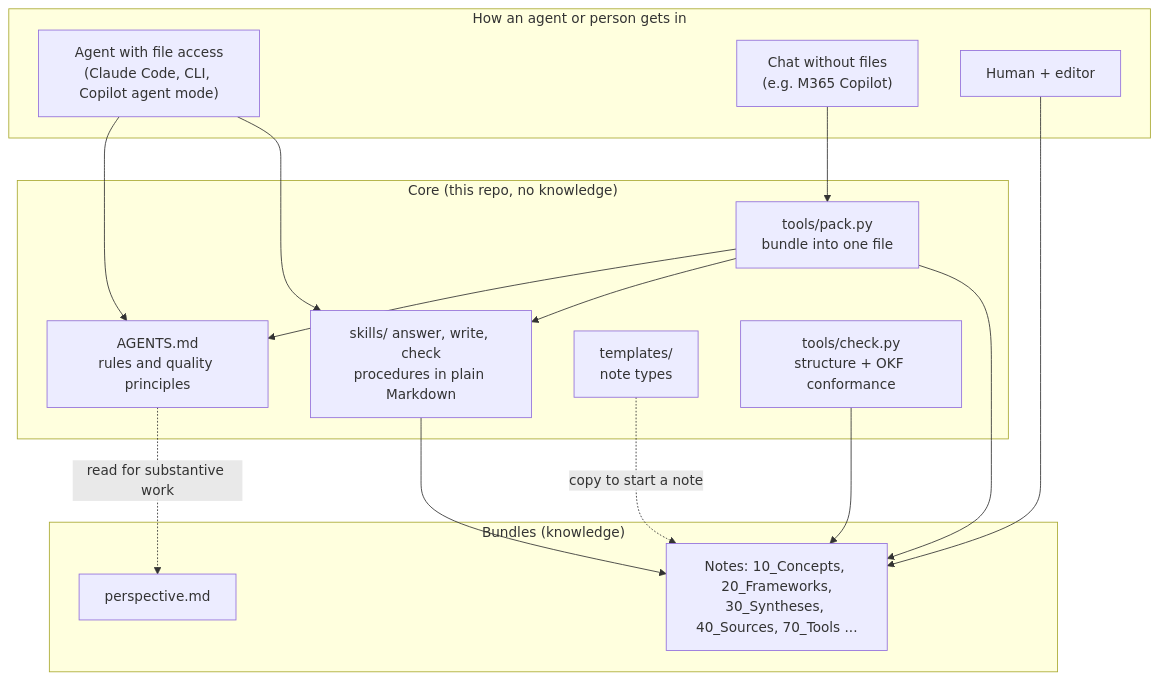
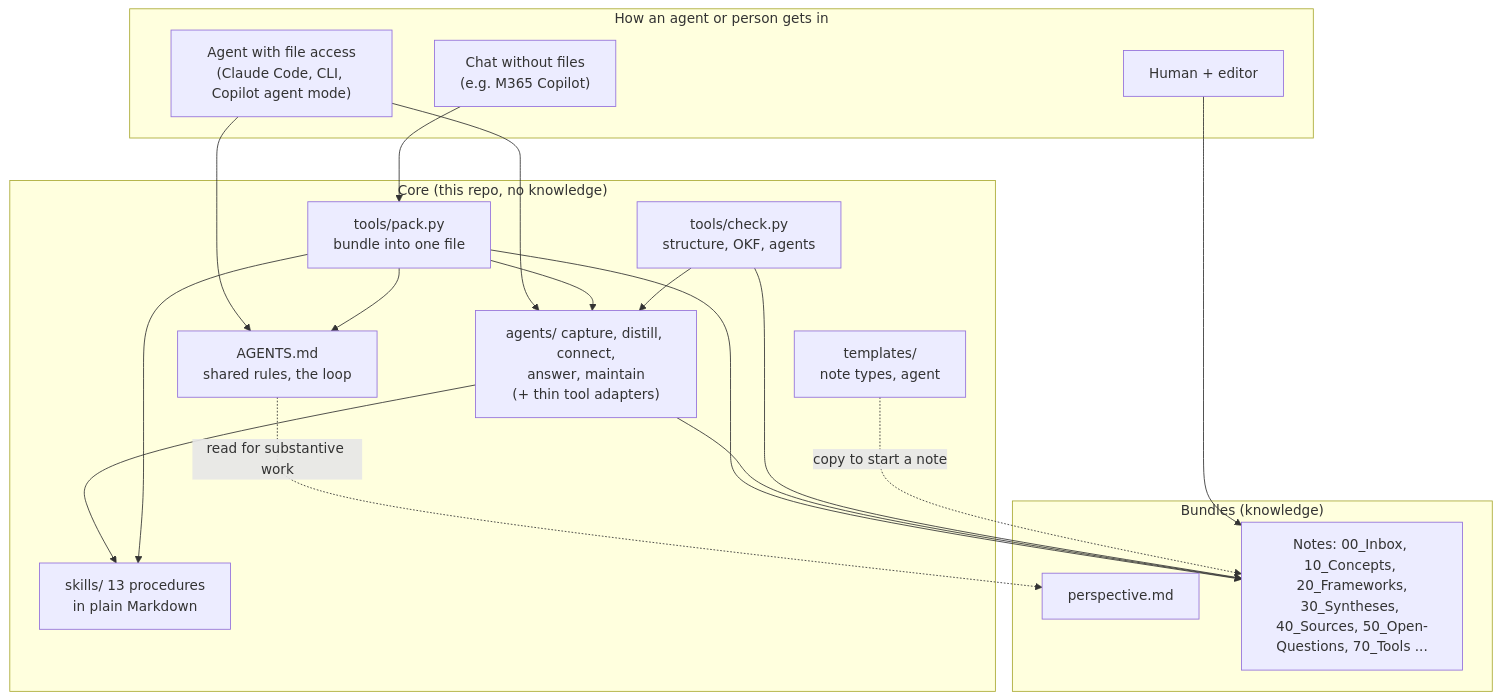
One commit to danib8005/Zettelkasten-hub changed the first of 2 diagrams in docs/architecture.md. Above: the diagram before and after it, drawn with Mermaid. The commit also changed other lines of this file and 9 other files, not shown here.

Commit message:
Step 6: README 'How it works' with the loop, updated guide, architecture, diagrams, standards, acceptance; example capture and open question

````diff
--- a/docs/architecture.md
+++ b/docs/architecture.md
@@ -11,30 +12,34 @@
 ```mermaid
 flowchart TB
   subgraph Interfaces["How an agent or person gets in"]
     FA["Agent with file access<br/>(Claude Code, CLI, Copilot agent mode)"]
     CH["Chat without files<br/>(e.g. M365 Copilot)"]
     HU["Human + editor"]
   end
   subgraph Core["Core (this repo, no knowledge)"]
-    AG["AGENTS.md<br/>rules and quality principles"]
-    SK["skills/ answer, write, check<br/>procedures in plain Markdown"]
-    TP["templates/<br/>note types"]
-    CK["tools/check.py<br/>structure + OKF conformance"]
+    AG["AGENTS.md<br/>shared rules, the loop"]
+    AN["agents/ capture, distill, connect,<br/>answer, maintain<br/>(+ thin tool adapters)"]
+    SK["skills/ 13 procedures<br/>in plain Markdown"]
+    TP["templates/<br/>note types, agent"]
+    CK["tools/check.py<br/>structure, OKF, agents"]
     PK["tools/pack.py<br/>bundle into one file"]
   end
   subgraph Data["Bundles (knowledge)"]
     PE["perspective.md"]
-    NT["Notes: 10_Concepts, 20_Frameworks,<br/>30_Syntheses, 40_Sources, 70_Tools ..."]
+    NT["Notes: 00_Inbox, 10_Concepts, 20_Frameworks,<br/>30_Syntheses, 40_Sources, 50_Open-Questions, 70_Tools ..."]
   end
   FA --> AG
-  FA --> SK
+  FA --> AN
+  AN --> SK
   CH --> PK
   PK --> AG
+  PK --> AN
   PK --> SK
   PK --> NT
-  SK --> NT
+  AN --> NT
   AG -.read for substantive work.-> PE
   HU --> NT
   CK --> NT
+  CK --> AN
   TP -.copy to start a note.-> NT
 ```
````
